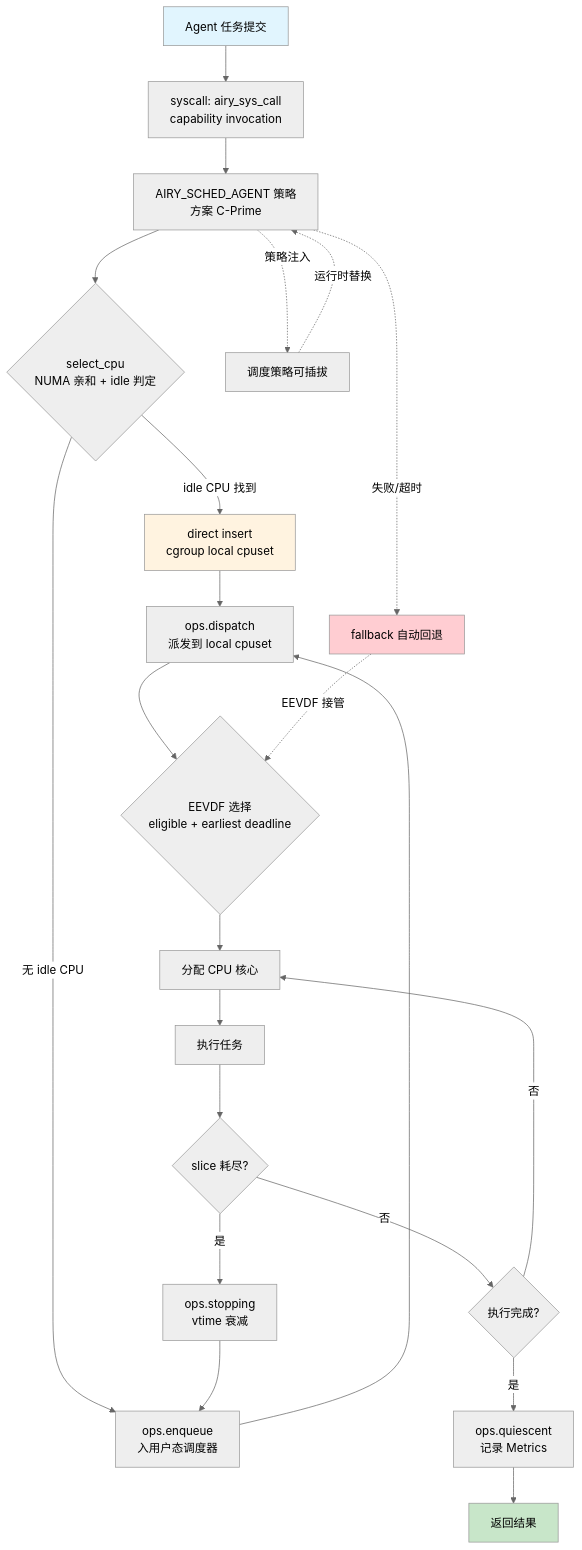
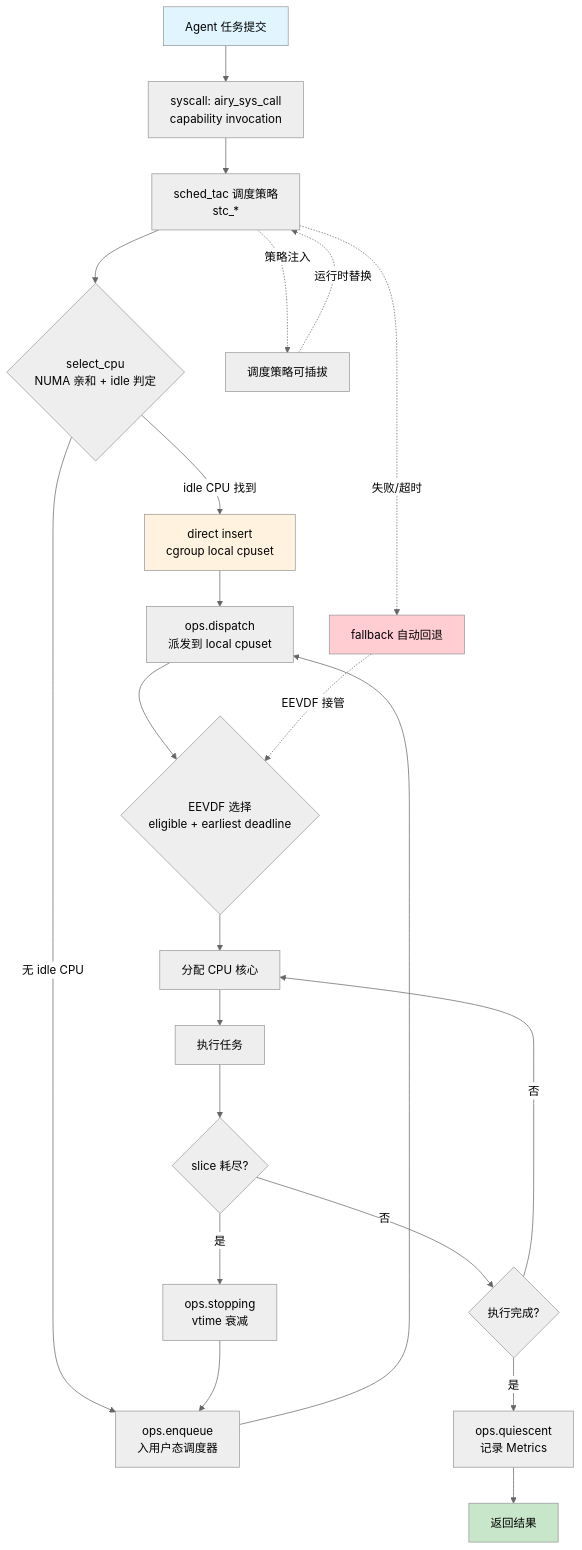
One commit to openairymax/docs-linux changed the first of 6 diagrams in 40-dataflows/04-scheduling-flow.md. Above: the diagram before and after it, drawn with Mermaid (neutral theme). The commit also changed other lines of this file and 181 other files, not shown here.

Commit message:
docs: 批量更新文档中的IRON-9版本与调度器命名 1. 将所有IRON-9 v2引用升级为IRON-9 v3，统一四层共享模型版本号 2. 将方案C-Prime、AIRY_SCHED_AGENT相关表述替换为sched_tac、stc_agent 3. 更新OpenStandards/README.md的许可证信息为CC-BY-4.0

````diff
--- a/40-dataflows/04-scheduling-flow.md
+++ b/40-dataflows/04-scheduling-flow.md
@@ -46,33 +46,33 @@
 ```mermaid
 flowchart TD
     A[Agent 任务提交] --> B[syscall: airy_sys_call<br/>capability invocation]
-    B --> C[AIRY_SCHED_AGENT 策略<br/>方案 C-Prime]
+    B --> C[sched_tac 调度策略<br/>stc_*]
     C --> D{select_cpu<br/>NUMA 亲和 + idle 判定}
     D -->|idle CPU 找到| E[direct insert<br/>cgroup local cpuset]
     D -->|无 idle CPU| F[ops.enqueue<br/>入用户态调度器]
     E --> G[ops.dispatch<br/>派发到 local cpuset]
     F --> G
     G --> H{EEVDF 选择<br/>eligible + earliest deadline}
     H --> I[分配 CPU 核心]
     I --> J[执行任务]
     J --> K{slice 耗尽?}
     K -->|是| L[ops.stopping<br/>vtime 衰减]
     K -->|否| M{执行完成?}
     L --> F
     M -->|是| N[ops.quiescent<br/>记录 Metrics]
     M -->|否| I
     N --> O[返回结果]
     
     P[调度策略可插拔]
     C -.策略注入.-> P
     P -.运行时替换.-> C
     
     Q[fallback 自动回退]
     C -.失败/超时.-> Q
     Q -.EEVDF 接管.-> H
     
     style A fill:#e1f5fe
     style E fill:#fff3e0
     style O fill:#c8e6c9
     style Q fill:#ffcdd2
 ```
````
